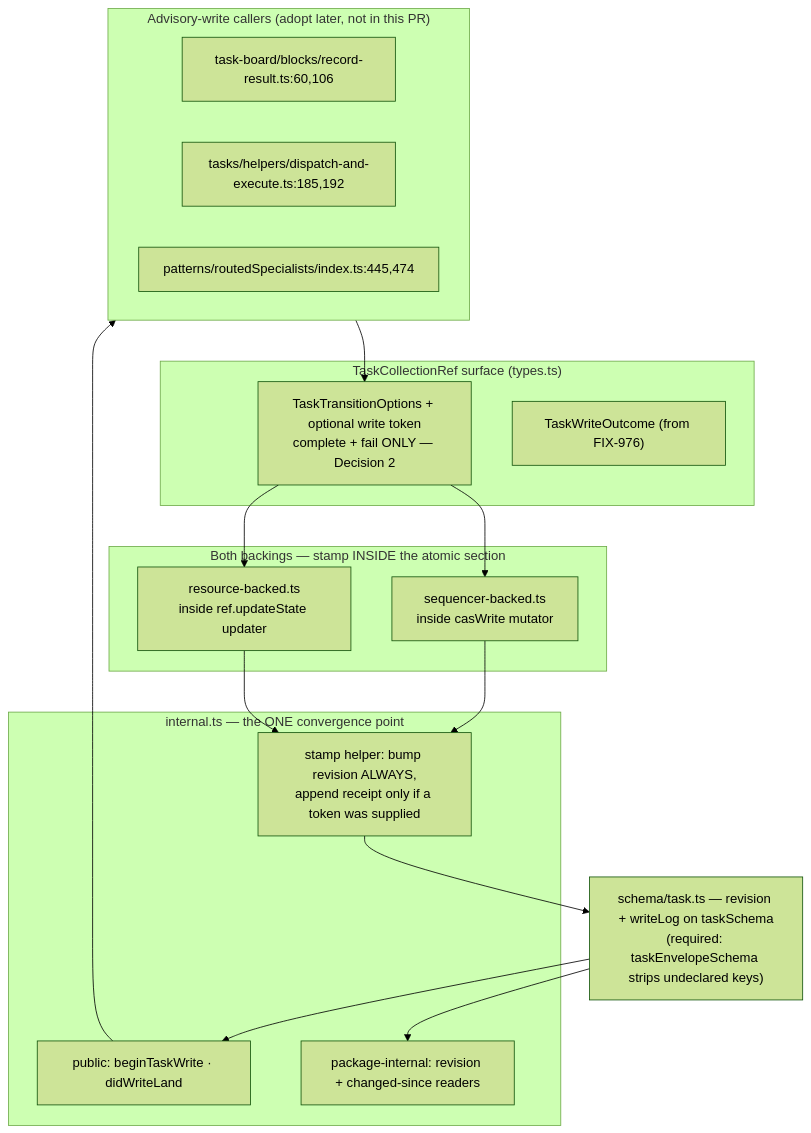
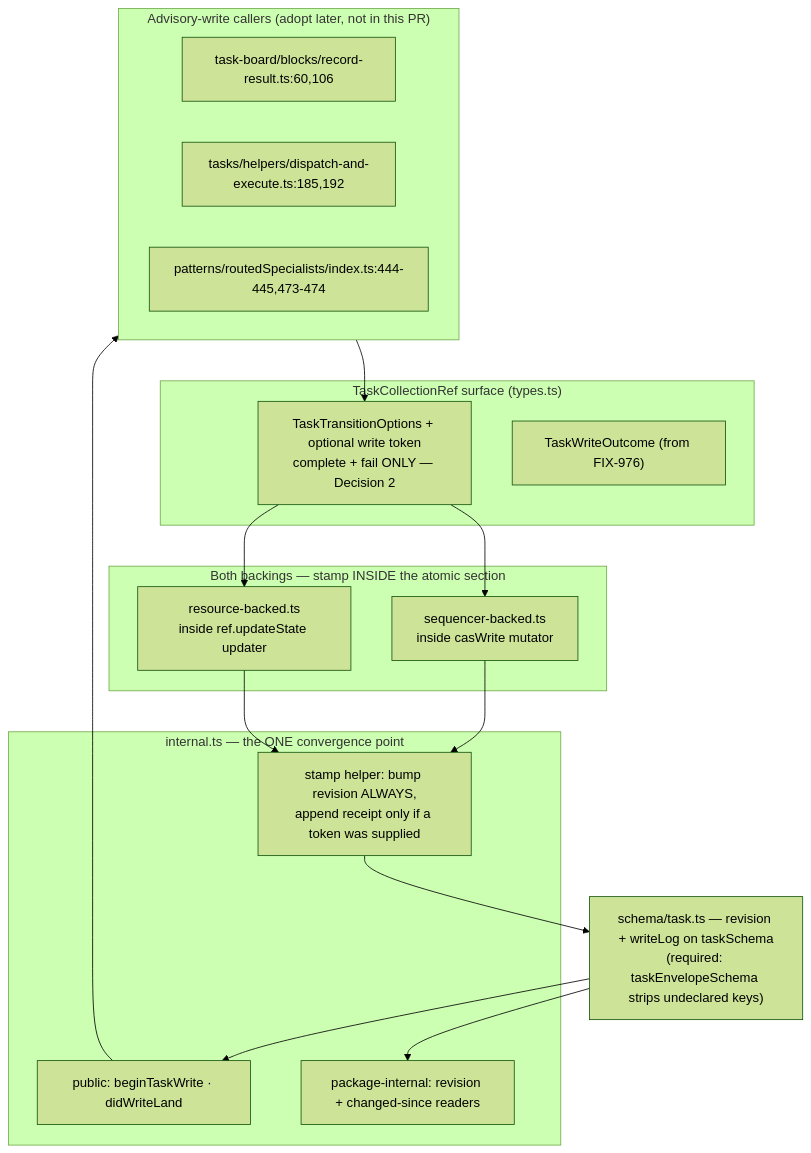
Before and after one commit to fixpoint-labs/flow-state-dev: the first of 2 diagrams in docs/specs/FIX-989.md, drawn with Mermaid (forest theme). The commit also changed other lines of this file, not shown here.

````diff
--- a/docs/specs/FIX-989.md
+++ b/docs/specs/FIX-989.md
@@ -520,33 +541,33 @@
 ```mermaid
 flowchart TB
   subgraph callers["Advisory-write callers (adopt later, not in this PR)"]
     RR["task-board/blocks/record-result.ts:60,106"]
     DE["tasks/helpers/dispatch-and-execute.ts:185,192"]
-    RS["patterns/routedSpecialists/index.ts:445,474"]
+    RS["patterns/routedSpecialists/index.ts:444-445,473-474"]
   end
 
   subgraph ref["TaskCollectionRef surface (types.ts)"]
     OPT["TaskTransitionOptions + optional write token<br/>complete + fail ONLY — Decision 2"]
     OUT["TaskWriteOutcome (from FIX-976)"]
   end
 
   subgraph internal["internal.ts — the ONE convergence point"]
     STAMP["stamp helper: bump revision ALWAYS,<br/>append receipt only if a token was supplied"]
     PUB["public: beginTaskWrite · didWriteLand"]
     INT["package-internal: revision + changed-since readers"]
   end
 
   subgraph backings["Both backings — stamp INSIDE the atomic section"]
     SEQ["sequencer-backed.ts<br/>inside casWrite mutator"]
     RES["resource-backed.ts<br/>inside ref.updateState updater"]
   end
 
   SCH["schema/task.ts — revision + writeLog on taskSchema<br/>(required: taskEnvelopeSchema strips undeclared keys)"]
 
   callers --> OPT
   OPT --> SEQ & RES
   SEQ & RES --> STAMP
   STAMP --> SCH
   SCH --> PUB & INT
   PUB --> callers
 ```
````
